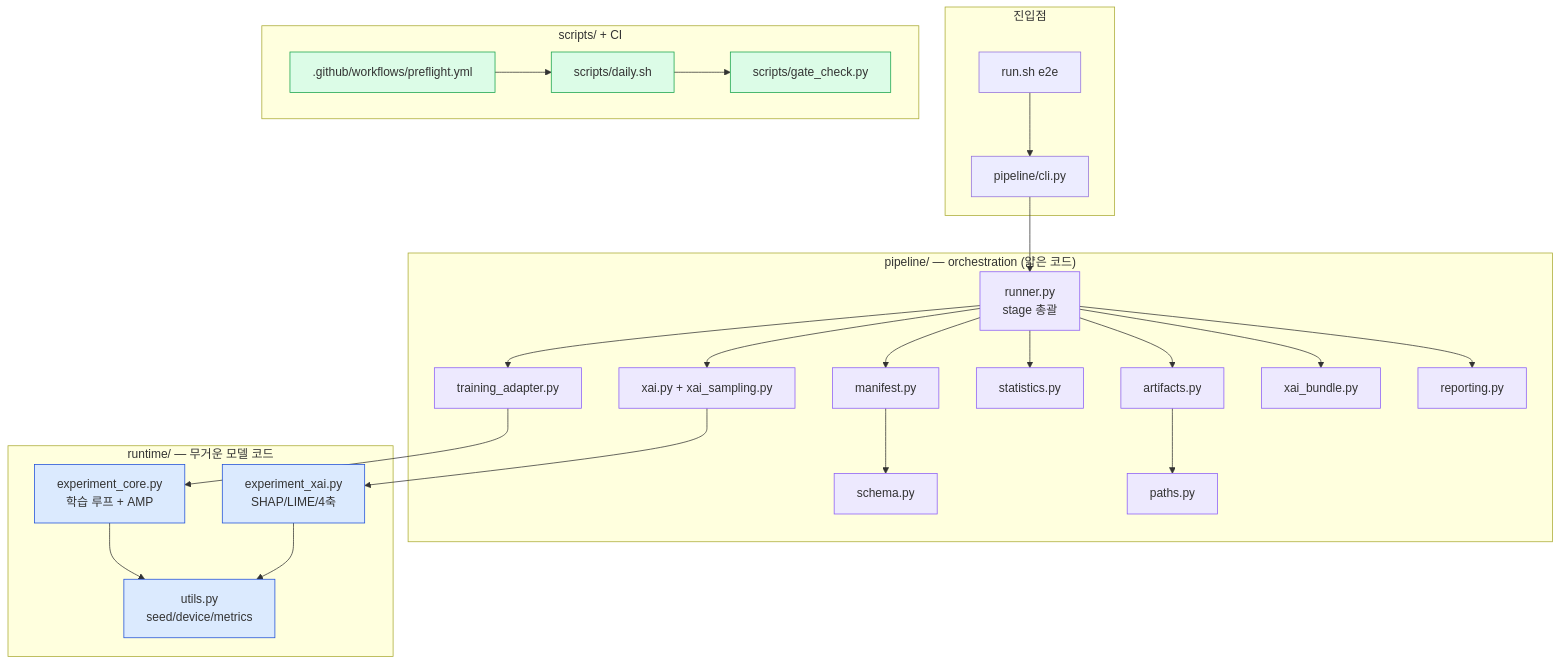
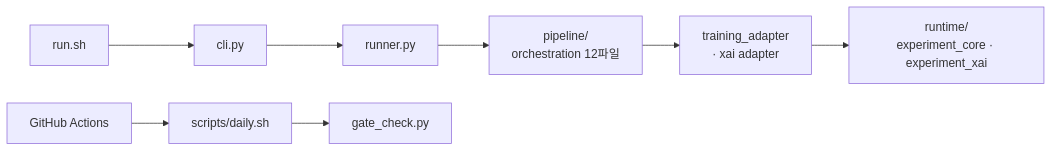
The third of 17 diagrams in v2/docs/24_architecture.md (WinterFlw/Big_data_Programming), drawn with Mermaid before and after one commit. The commit also changed other lines of this file, not shown here.

First line of the commit message:
docs(v2): 아키텍처 Mermaid 전면 재작성 — 흐름 직관화

````diff
--- a/v2/docs/24_architecture.md
+++ b/v2/docs/24_architecture.md
@@ -43,52 +33,9 @@
 ```mermaid
-flowchart TD
-    subgraph CLI["진입점"]
-        runsh[run.sh e2e]
-        cli[pipeline/cli.py]
-        runsh --> cli
-    end
-
-    subgraph PIPE["pipeline/ — orchestration (얇은 코드)"]
-        runner[runner.py<br/>stage 총괄]
-        manifest[manifest.py]
-        artifacts[artifacts.py]
-        schema[schema.py]
-        paths[paths.py]
-        trainAdp[training_adapter.py]
-        stats[statistics.py]
-        xai[xai.py + xai_sampling.py]
-        xaiBundle[xai_bundle.py]
-        reporting[reporting.py]
-    end
-
-    subgraph RUNTIME["runtime/ — 무거운 모델 코드"]
-        expCore[experiment_core.py<br/>학습 루프 + AMP]
-        expXai[experiment_xai.py<br/>SHAP/LIME/4축]
-        utils[utils.py<br/>seed/device/metrics]
-    end
-
-    subgraph OPS["scripts/ + CI"]
-        daily[scripts/daily.sh]
-        gate[scripts/gate_check.py]
-        ci[.github/workflows/preflight.yml]
-    end
-
-    cli --> runner
-    runner --> manifest & artifacts & stats & xai & xaiBundle & reporting
-    manifest --> schema
-    artifacts --> paths
-    runner --> trainAdp
-    trainAdp --> expCore
-    xai --> expXai
-    expCore --> utils
-    expXai --> utils
-    daily --> gate
-    ci --> daily
-
-    classDef pipe fill:#ede9fe,stroke:#8b5cf6
-    classDef rt fill:#dbeafe,stroke:#1d4ed8
-    classDef ops fill:#dcfce7,stroke:#16a34a
-    class runner,manifest,artifacts,schema,paths,trainAdp,stats,xai,xaiBundle,reporting pipe
-    class expCore,expXai,utils rt
-    class daily,gate,ci ops
+flowchart LR
+    runsh[run.sh] --> cli[cli.py] --> runner[runner.py]
+    runner --> pipe[pipeline/<br/>orchestration 12파일]
+    pipe --> adapter[training_adapter<br/>· xai adapter]
+    adapter --> runtime[runtime/<br/>experiment_core · experiment_xai]
+    daily[scripts/daily.sh] --> gate[gate_check.py]
+    ci[GitHub Actions] --> daily
 ```
````
